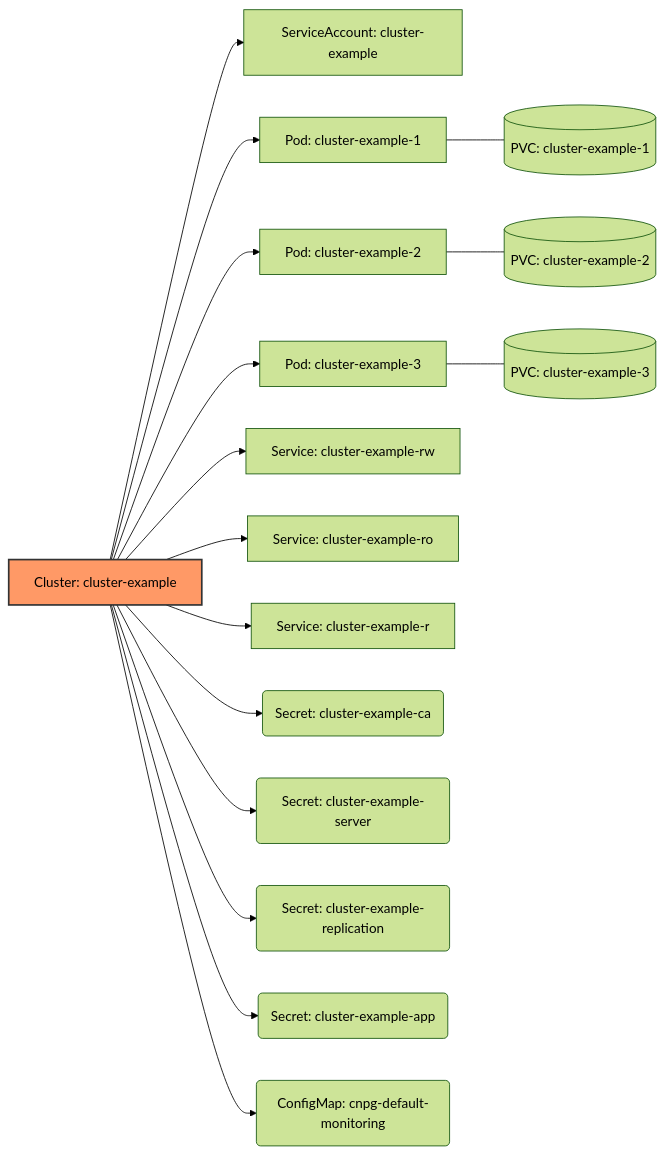
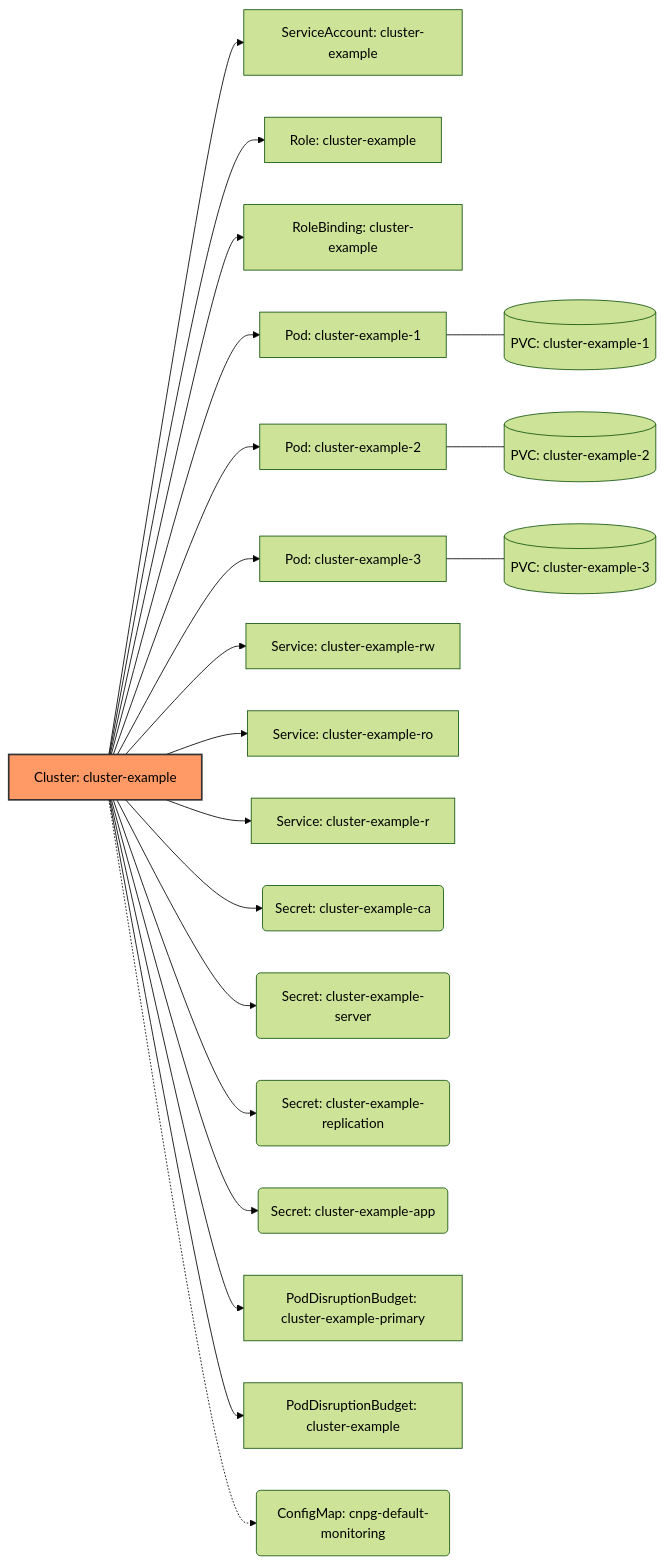
The second of 2 diagrams in contribute/technical-architecture.md (cloudnative-pg/cloudnative-pg), drawn with Mermaid (forest theme) before and after one commit. The commit also changed other lines of this file, not shown here.

````diff
--- a/contribute/technical-architecture.md
+++ b/contribute/technical-architecture.md
@@ -165,32 +169,38 @@
 ```mermaid
 graph LR
     Cluster[Cluster: cluster-example]
 
-    %% Identity
+    %% Identity & RBAC
     Cluster --> SA[ServiceAccount: cluster-example]
+    Cluster --> Role[Role: cluster-example]
+    Cluster --> RB[RoleBinding: cluster-example]
 
     %% Compute & Storage
     Cluster --> P1[Pod: cluster-example-1]
     Cluster --> P2[Pod: cluster-example-2]
     Cluster --> P3[Pod: cluster-example-3]
 
     P1 --- PVC1[(PVC: cluster-example-1)]
     P2 --- PVC2[(PVC: cluster-example-2)]
     P3 --- PVC3[(PVC: cluster-example-3)]
 
     %% Networking
     Cluster --> SvcRW[Service: cluster-example-rw]
     Cluster --> SvcRO[Service: cluster-example-ro]
     Cluster --> SvcR[Service: cluster-example-r]
 
     %% Security
     Cluster --> SecCA(Secret: cluster-example-ca)
     Cluster --> SecSrv(Secret: cluster-example-server)
     Cluster --> SecRepl(Secret: cluster-example-replication)
     Cluster --> SecApp(Secret: cluster-example-app)
 
-    %% Config
-    Cluster --> CM(ConfigMap: cnpg-default-monitoring)
+    %% Availability
+    Cluster --> PDB1[PodDisruptionBudget: cluster-example-primary]
+    Cluster --> PDB2[PodDisruptionBudget: cluster-example]
+
+    %% Monitoring (namespace-level, not owned by the Cluster)
+    Cluster -.-> CM(ConfigMap: cnpg-default-monitoring)
 
     style Cluster fill:#f96,stroke:#333,stroke-width:2px
 ```
````
